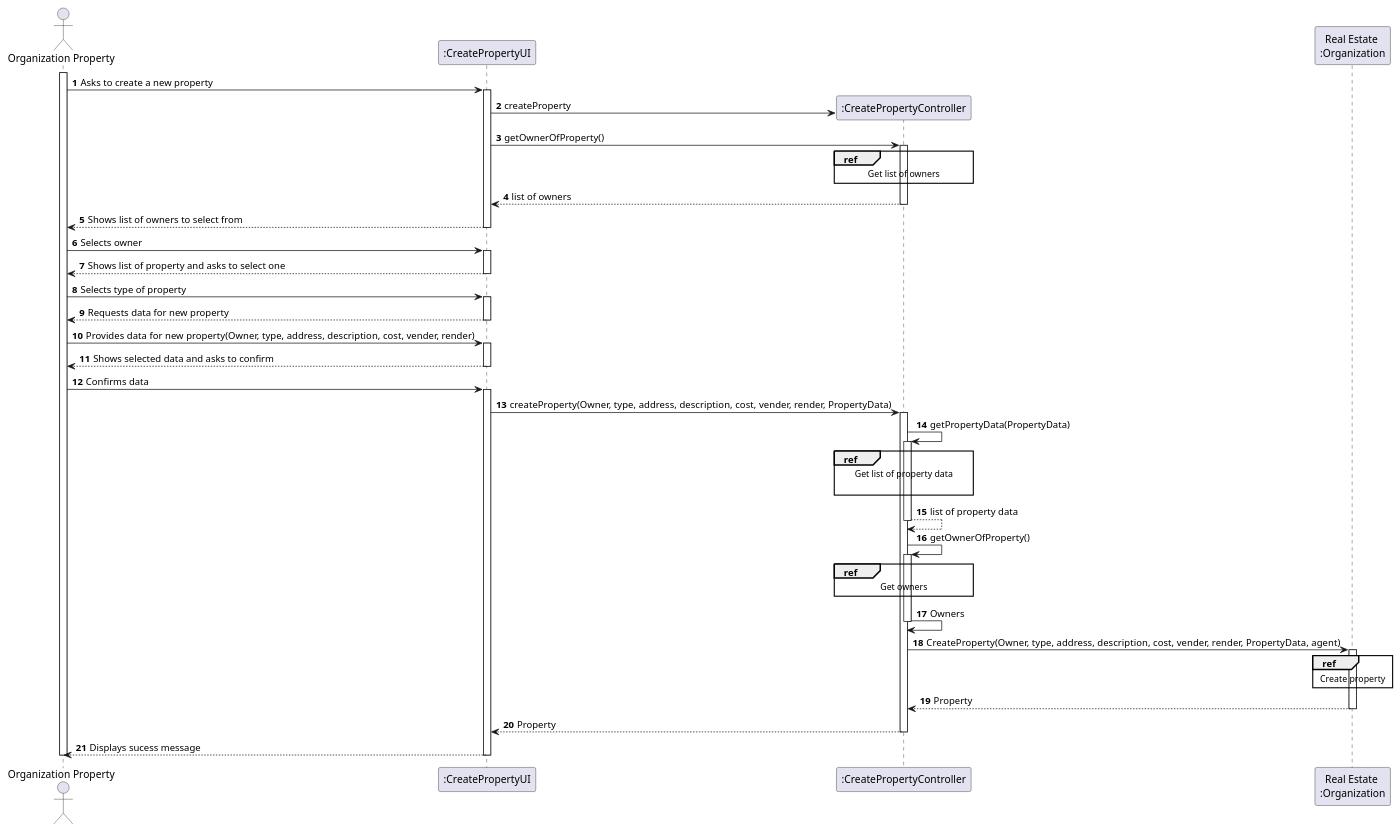
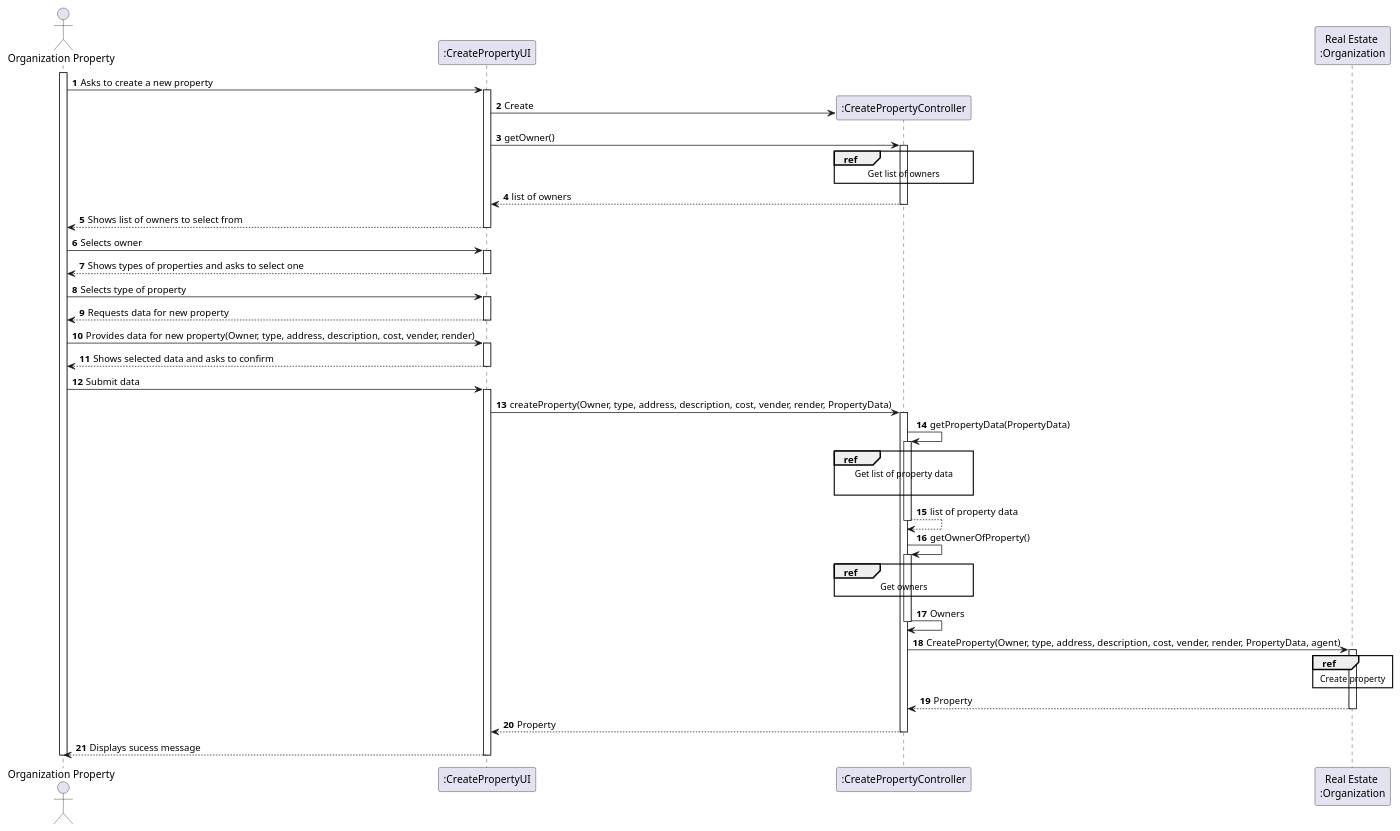
One commit to hugosilva2901/lei-22-s2-1DO-g68 changed the diagram in lei-22-s2-1do-g68/docs/SprintB/us004/03.design/puml/us006-sequence-diagram-split.puml. Above: the diagram before and after it, drawn with PlantUML.

Commit message:
Update on the us004 sequence diagram

```diff
--- a/lei-22-s2-1do-g68/docs/SprintB/us004/03.design/puml/us006-sequence-diagram-split.puml
+++ b/lei-22-s2-1do-g68/docs/SprintB/us004/03.design/puml/us006-sequence-diagram-split.puml
@@ -1,97 +1,97 @@
 @startuml
 'https://plantuml.com/sequence-diagram
 
 autonumber
 
 actor "Organization Property" as ADM
 participant ":CreatePropertyUI" as UI
 participant ":CreatePropertyController" as CTRL
 participant "Real Estate \n:Organization" as ORG
 
 activate ADM
 
     ADM -> UI: Asks to create a new property
 
     activate UI
-        UI -> CTRL**: createProperty
-        UI -> CTRL: getOwnerOfProperty()
+        UI -> CTRL**: Create
+        UI -> CTRL: getOwner()
 
         ref over CTRL
             Get list of owners
         end ref
 
         activate CTRL
 
             CTRL --> UI: list of owners
         deactivate CTRL
 
         UI --> ADM: Shows list of owners to select from
 
         deactivate UI
 
     ADM -> UI: Selects owner
 
     activate UI
 
-    UI --> ADM: Shows list of property and asks to select one
+    UI --> ADM: Shows types of properties and asks to select one
     deactivate UI
 
     ADM -> UI: Selects type of property
 
     activate UI
 
     UI --> ADM: Requests data for new property
     deactivate UI
     ADM -> UI: Provides data for new property(Owner, type, address, description, cost, vender, render)
     activate UI
     UI --> ADM: Shows selected data and asks to confirm
     deactivate UI
 
-    ADM -> UI: Confirms data
+    ADM -> UI: Submit data
 
     activate UI
         UI -> CTRL: createProperty(Owner, type, address, description, cost, vender, render, PropertyData)
         activate CTRL
             CTRL -> CTRL: getPropertyData(PropertyData)
             activate CTRL
 
             ref over CTRL
                 Get list of property data
 
             end ref
 
             CTRL --> CTRL: list of property data
             deactivate CTRL
 
             CTRL -> CTRL: getOwnerOfProperty()
 
             activate CTRL
 
             ref over CTRL
                 Get owners
             end ref
 
             CTRL -> CTRL: Owners
             deactivate CTRL
 
             CTRL -> ORG: CreateProperty(Owner, type, address, description, cost, vender, render, PropertyData, agent)
 
             activate ORG
 
             ref over ORG
                 Create property
             end ref
 
             ORG --> CTRL: Property
             deactivate ORG
 
             CTRL --> UI: Property
 
             deactivate CTRL
 
             UI --> ADM: Displays sucess message
 
         deactivate UI
 
     deactivate ADM
 @enduml
```
